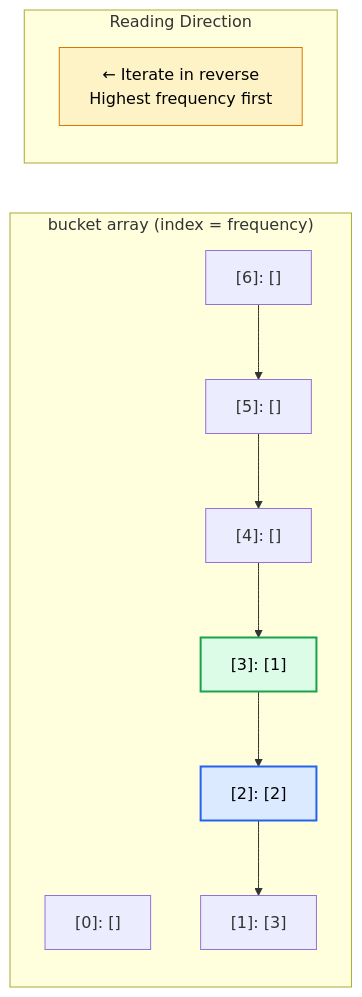
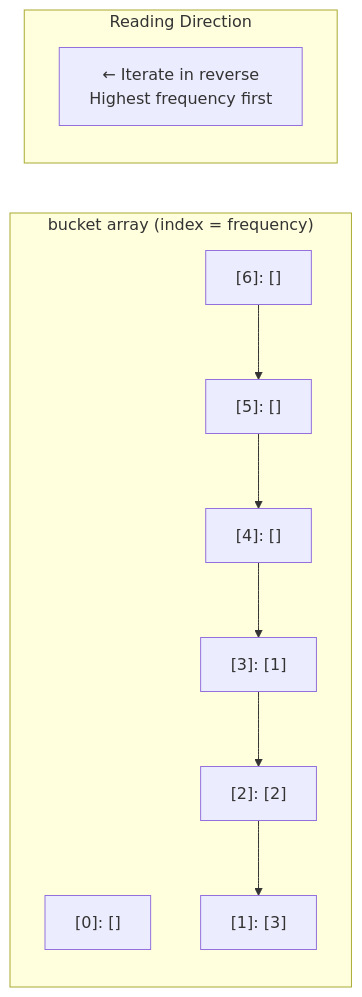
One commit to M-F-Tushar/LeetCode-Problem-Solving changed the ninth of 12 diagrams in 05 - Top K Frequent Elements/README.md. Above: the diagram before and after it, drawn with Mermaid. The commit also changed other lines of this file and 6 other files, not shown here.

Commit message:
added 06 - Is Subsequence, 07 - Longest Consecutive Sequence

````diff
--- a/05 - Top K Frequent Elements/README.md
+++ b/05 - Top K Frequent Elements/README.md
@@ -305,22 +294,19 @@
 ```mermaid
 flowchart LR
     subgraph BucketArray["bucket array (index = frequency)"]
         I0["[0]: []"]
         I1["[1]: [3]"]
         I2["[2]: [2]"]
         I3["[3]: [1]"]
         I4["[4]: []"]
         I5["[5]: []"]
         I6["[6]: []"]
     end
 
     subgraph ReadDir["Reading Direction"]
         R["← Iterate in reverse\nHighest frequency first"]
     end
 
     I6 --> I5 --> I4 --> I3 --> I2 --> I1
 
-    style I3 fill:#dcfce7,stroke:#16a34a,stroke-width:2px,color:#000000
-    style I2 fill:#dbeafe,stroke:#2563eb,stroke-width:2px,color:#000000
-    style R fill:#fef3c7,stroke:#d97706,color:#000000
 ```
````
